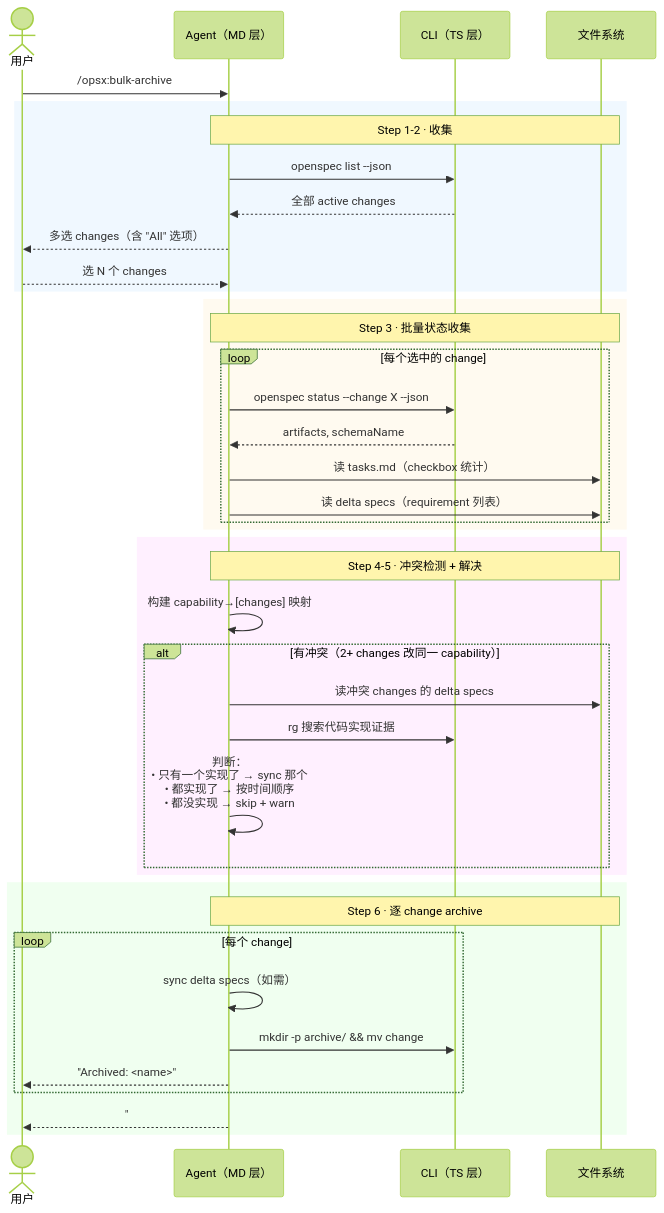
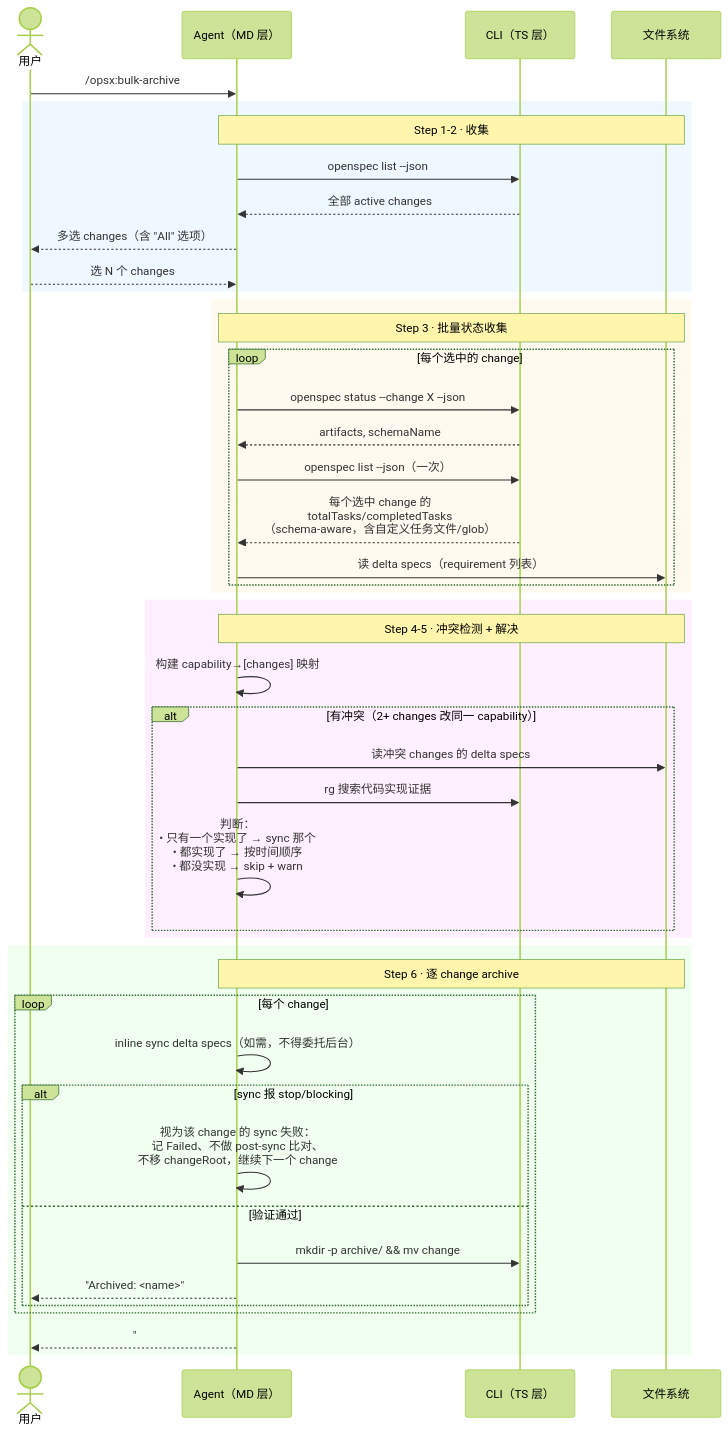
The diagram in _digested/workflows/10-bulk-archive.md (ethan-jiang-3/OpenSpec), drawn with Mermaid (forest theme) before and after one commit. The commit also changed other lines of this file and 54 other files, not shown here.

````diff
--- a/_digested/workflows/10-bulk-archive.md
+++ b/_digested/workflows/10-bulk-archive.md
@@ -42,47 +44,52 @@
 ```mermaid
 sequenceDiagram
     actor User as 用户
     participant MD as Agent（MD 层）
     participant TS as CLI（TS 层）
     participant FS as 文件系统
 
     User->>MD: /opsx:bulk-archive
 
     rect rgb(240, 248, 255)
         Note over MD,FS: Step 1-2 · 收集
         MD->>TS: openspec list --json
         TS-->>MD: 全部 active changes
         MD-->>User: 多选 changes（含 "All" 选项）
         User-->>MD: 选 N 个 changes
     end
 
     rect rgb(255, 250, 240)
         Note over MD,FS: Step 3 · 批量状态收集
         loop 每个选中的 change
             MD->>TS: openspec status --change X --json
             TS-->>MD: artifacts, schemaName
-            MD->>FS: 读 tasks.md（checkbox 统计）
+            MD->>TS: openspec list --json（一次）
+            TS-->>MD: 每个选中 change 的<br/>totalTasks/completedTasks<br/>（schema-aware，含自定义任务文件/glob）
             MD->>FS: 读 delta specs（requirement 列表）
         end
     end
 
     rect rgb(255, 240, 255)
         Note over MD,FS: Step 4-5 · 冲突检测 + 解决
         MD->>MD: 构建 capability→[changes] 映射
         alt 有冲突（2+ changes 改同一 capability）
             MD->>FS: 读冲突 changes 的 delta specs
             MD->>TS: rg 搜索代码实现证据
             MD->>MD: 判断：<br/>• 只有一个实现了 → sync 那个<br/>• 都实现了 → 按时间顺序<br/>• 都没实现 → skip + warn
         end
     end
 
     rect rgb(240, 255, 240)
         Note over MD,FS: Step 6 · 逐 change archive
         loop 每个 change
-            MD->>MD: sync delta specs（如需）
-            MD->>TS: mkdir -p archive/ && mv change
-            MD-->>User: "Archived: <name>"
+            MD->>MD: inline sync delta specs（如需，不得委托后台）
+            alt sync 报 stop/blocking
+                MD->>MD: 视为该 change 的 sync 失败：<br/>记 Failed、不做 post-sync 比对、<br/>不移 changeRoot，继续下一个 change
+            else 验证通过
+                MD->>TS: mkdir -p archive/ && mv change
+                MD-->>User: "Archived: <name>"
+            end
         end
         MD-->>User: "## Bulk Archive Complete<br/>N changes archived<br/>Conflicts resolved: M"
     end
 ```
````
